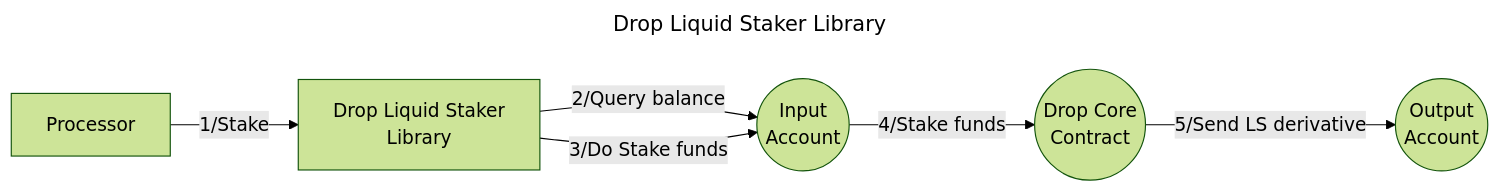
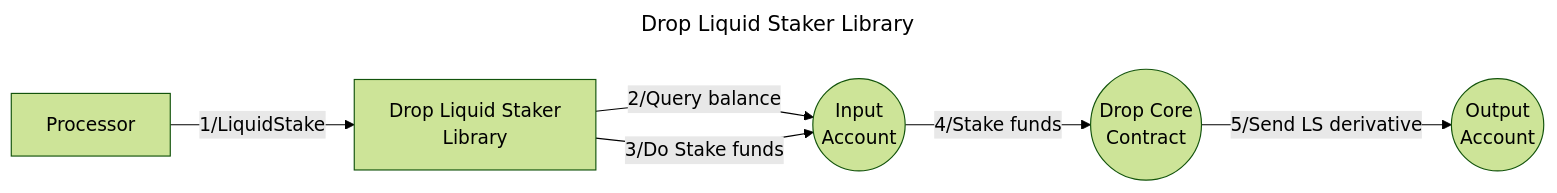
Before and after one commit to timewave-computer/valence-protocol: the diagram in contracts/libraries/drop-liquid-staker/README.md, drawn with Mermaid (forest theme). The commit also changed 3 other files, not shown here.

````diff
--- a/contracts/libraries/drop-liquid-staker/README.md
+++ b/contracts/libraries/drop-liquid-staker/README.md
@@ -7,20 +7,20 @@
 ```mermaid
 ---
 title: Drop Liquid Staker Library
 ---
 graph LR
   IA((Input
       Account))
   CC((Drop Core
       Contract))
   OA((Output
       Account))
   P[Processor]
   S[Drop Liquid Staker
       Library]
-  P -- 1/Stake --> S
+  P -- 1/LiquidStake --> S
   S -- 2/Query balance --> IA
   S -- 3/Do Stake funds --> IA
   IA -- 4/Stake funds --> CC
   CC -- 5/Send LS derivative --> OA
 ```
````
